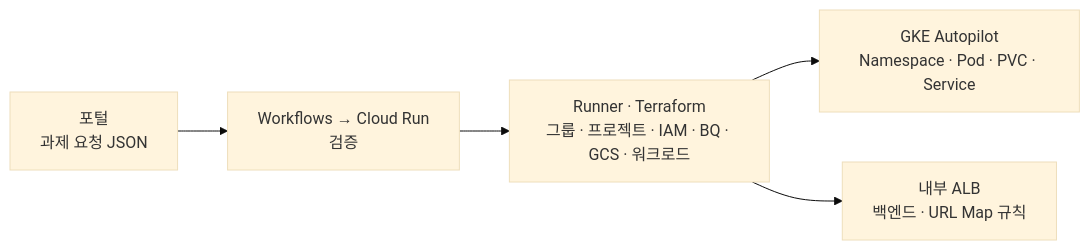
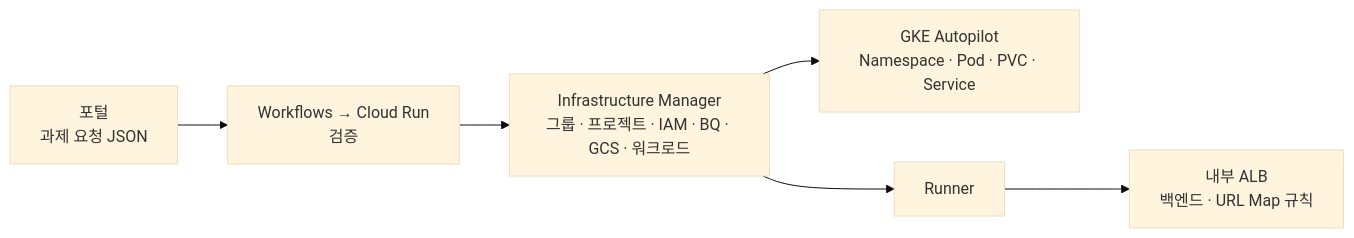
Before and after one commit to sonmap/GCP_SBX_Test03: the diagram in README.md, drawn with Mermaid (base theme). The commit also changed other lines of this file and 21 other files, not shown here.

First line of the commit message:
Run all Terraform stages, 50-workload included, in Infrastructure Manager

````diff
--- a/README.md
+++ b/README.md
@@ -14,7 +14,7 @@
 ```mermaid
 flowchart LR
     P["포털<br/>과제 요청 JSON"] --> W["Workflows → Cloud Run<br/>검증"]
-    W --> B["Runner · Terraform<br/>그룹 · 프로젝트 · IAM · BQ · GCS · 워크로드"]
+    W --> B["Infrastructure Manager<br/>그룹 · 프로젝트 · IAM · BQ · GCS · 워크로드"]
     B --> K["GKE Autopilot<br/>Namespace · Pod · PVC · Service"]
-    B --> L["내부 ALB<br/>백엔드 · URL Map 규칙"]
+    B --> R["Runner"] --> L["내부 ALB<br/>백엔드 · URL Map 규칙"]
 ```
````
